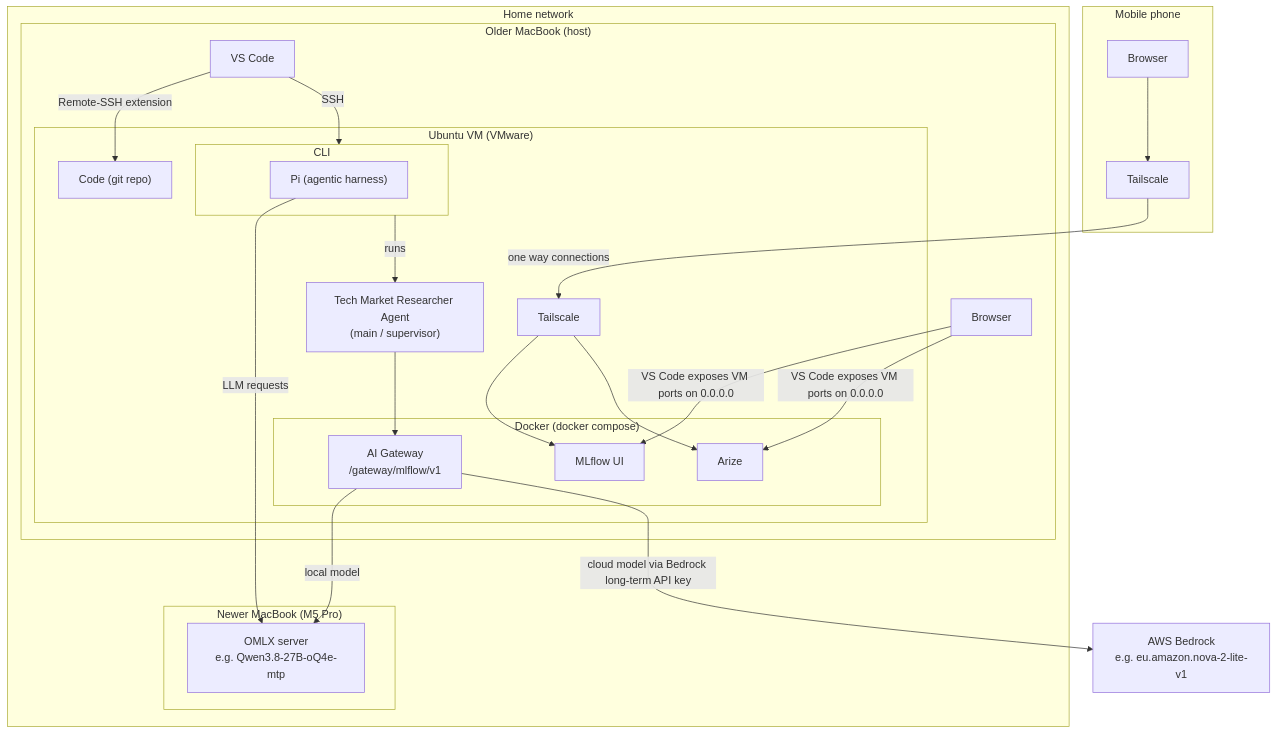
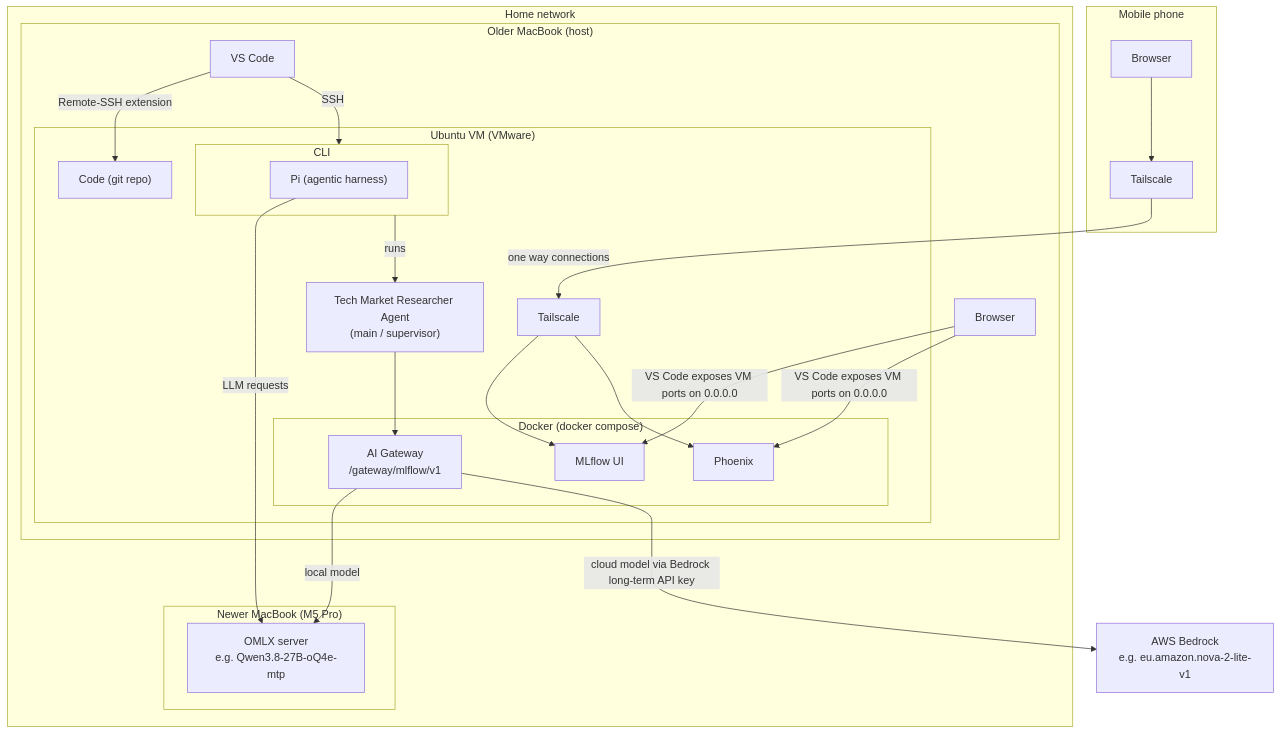
One commit to codiply/tech-market-researcher changed the fifth of 5 diagrams in documentation/design.md. Above: the diagram before and after it, drawn with Mermaid. The commit also changed other lines of this file and 32 other files, not shown here.

First line of the commit message:
Rename Arize to Phoenix and move storage to .storage

````diff
--- a/documentation/design.md
+++ b/documentation/design.md
@@ -221,44 +221,44 @@
 ```mermaid
 flowchart TB
     subgraph home["Home network"]
         subgraph mac["Newer MacBook (M5 Pro)"]
             omix["OMLX server<br/>e.g. Qwen3.8-27B-oQ4e-mtp"]
         end
         subgraph laptop["Older MacBook (host)"]
             vscode["VS Code"]
             browser["Browser"]
             subgraph vm["Ubuntu VM (VMware)"]
                 code["Code (git repo)"]
                 subgraph docker["Docker (docker compose)"]
                     gateway["AI Gateway<br/>/gateway/mlflow/v1"]
                     mlflow_ui["MLflow UI"]
-                    arize_server["Arize"]
+                    phoenix_server["Phoenix"]
                 end
                 main["Tech Market Researcher Agent<br/>(main / supervisor)"]
                 subgraph cli["CLI"]
                     pi["Pi (agentic harness)"]
                 end
                 ts_vm["Tailscale"]
             end
         end
     end
     aws["AWS Bedrock<br/>e.g. eu.amazon.nova-2-lite-v1"]
     subgraph phone["Mobile phone"]
         browser_ph["Browser"]
         ts_ph["Tailscale"]
     end
 
     vscode -->|SSH| cli
     vscode -->|Remote-SSH extension| code
     browser -->|VS Code exposes VM ports on 0.0.0.0| mlflow_ui
-    browser -->|VS Code exposes VM ports on 0.0.0.0| arize_server
+    browser -->|VS Code exposes VM ports on 0.0.0.0| phoenix_server
     ts_ph -->|"one way connections"| ts_vm
     browser_ph --> ts_ph
     ts_vm --> mlflow_ui
-    ts_vm --> arize_server
+    ts_vm --> phoenix_server
     pi -->|LLM requests| omix
     cli -->|runs| main
     main --> gateway
     gateway -->|local model| omix
     gateway -->|cloud model via Bedrock long-term API key| aws
 ```
````
